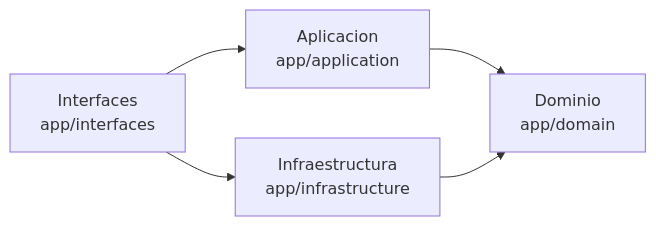
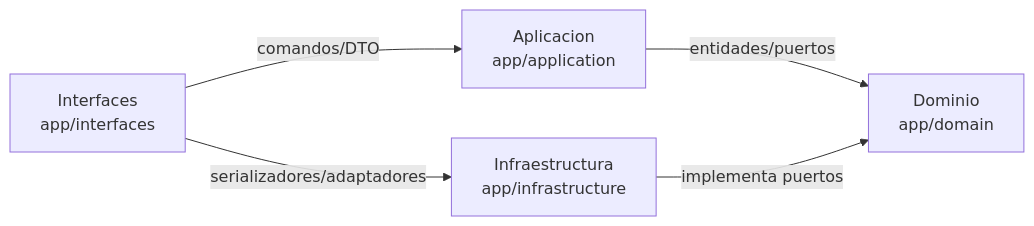
The first of 5 diagrams in BACK_FormContainers/docs/05_Arquitectura_y_Disenio/Diagramas_y_Modelos.md (practicantealmacenamiento/SIGIM), drawn with Mermaid before and after one commit. The commit also changed other lines of this file and 76 other files, not shown here.

````diff
--- a/BACK_FormContainers/docs/05_Arquitectura_y_Disenio/Diagramas_y_Modelos.md
+++ b/BACK_FormContainers/docs/05_Arquitectura_y_Disenio/Diagramas_y_Modelos.md
@@ -4,7 +4,7 @@
 ```mermaid
 graph LR
-    UI[Interfaces<br/>app/interfaces] --> APP[Aplicacion<br/>app/application]
-    UI --> INFRA[Infraestructura<br/>app/infrastructure]
-    APP --> DOMAIN[Dominio<br/>app/domain]
-    INFRA --> DOMAIN
+    UI[Interfaces<br/>app/interfaces] -->|comandos/DTO| APP[Aplicacion<br/>app/application]
+    APP -->|entidades/puertos| DOMAIN[Dominio<br/>app/domain]
+    UI -->|serializadores/adaptadores| INFRA[Infraestructura<br/>app/infrastructure]
+    INFRA -->|implementa puertos| DOMAIN
 ```
````
